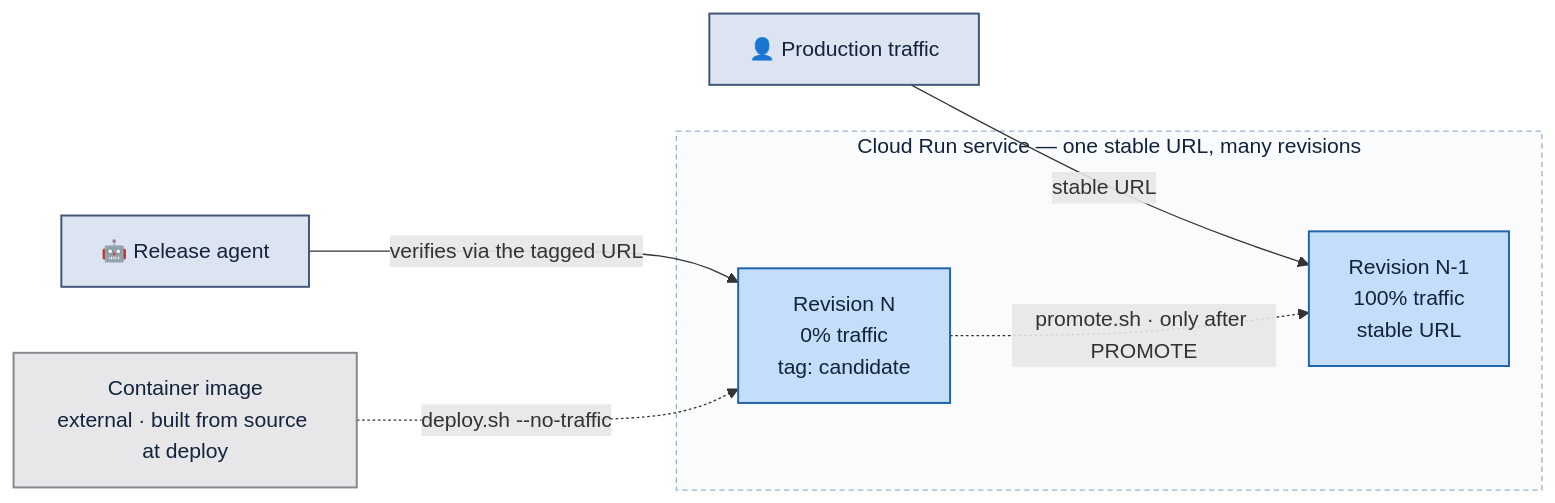
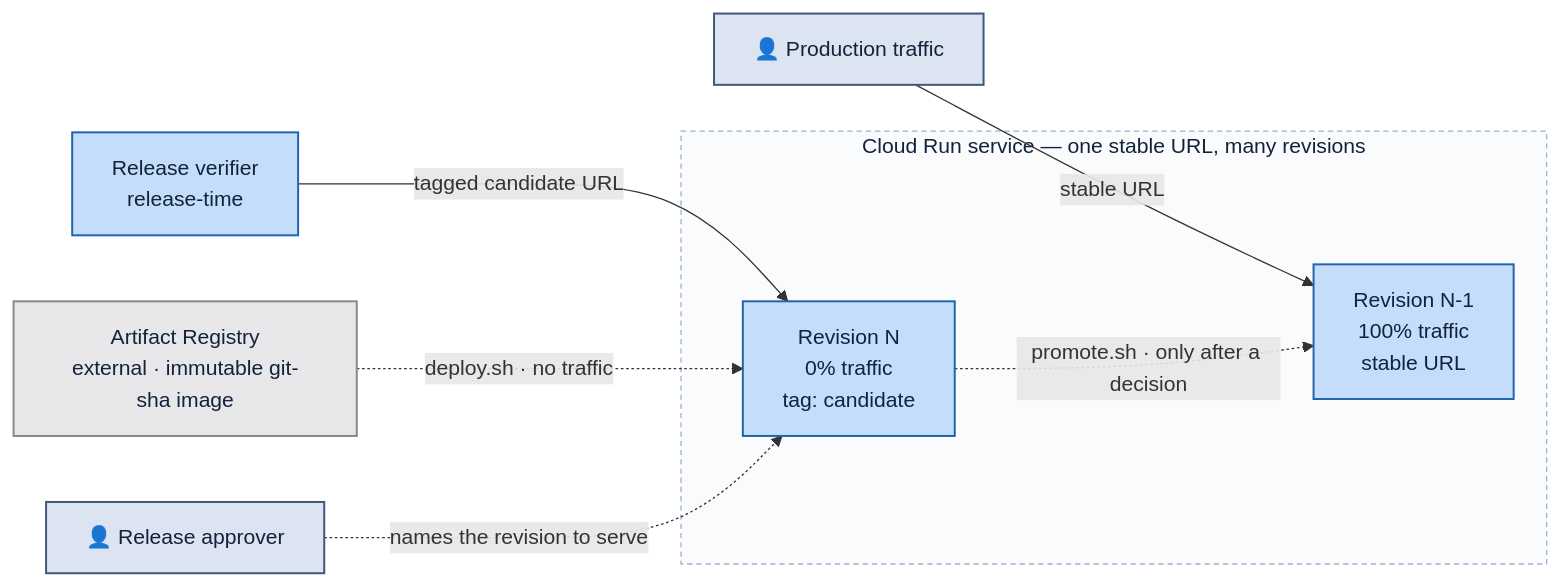
Before and after one commit to TryHarder01/release-agent-demo: the fifth of 8 diagrams in ARCHITECTURE.md, drawn with Mermaid. The commit also changed other lines of this file, not shown here.

First line of the commit message:
Refresh ARCHITECTURE.md against the live release path

````diff
--- a/ARCHITECTURE.md
+++ b/ARCHITECTURE.md
@@ -225,26 +252,28 @@
 ```mermaid
 flowchart LR
     users["👤 Production traffic"]
-    agent["🤖 Release agent"]
+    approver["👤 Release approver"]
+    verifier["Release verifier\nrelease-time"]
 
     subgraph service["Cloud Run service — one stable URL, many revisions"]
         prod["Revision N-1\n100% traffic\nstable URL"]
         cand["Revision N\n0% traffic\ntag: candidate"]
     end
 
-    registry["Container image\nexternal · built from source at deploy"]
+    ar["Artifact Registry\nexternal · immutable git-sha image"]
 
     users -->|"stable URL"| prod
-    agent -->|"verifies via the tagged URL"| cand
-    registry -.->|"deploy.sh --no-traffic"| cand
-    cand -.->|"promote.sh · only after PROMOTE"| prod
+    verifier -->|"tagged candidate URL"| cand
+    ar -.->|"deploy.sh · no traffic"| cand
+    approver -.->|"names the revision to serve"| cand
+    cand -.->|"promote.sh · only after a decision"| prod
 
     classDef actor    fill:#dbe4f0,stroke:#41567a,stroke-width:1.5px,color:#12233b
     classDef owned    fill:#c3ddfb,stroke:#2264ab,stroke-width:1.5px,color:#12233b
     classDef external fill:#e7e7ea,stroke:#87878f,stroke-width:1.5px,color:#12233b
     classDef boundary fill:#fafbfd,stroke:#9db2cd,stroke-width:1px,stroke-dasharray:4 3,color:#12233b
-    class users,agent actor
-    class prod,cand owned
-    class registry external
+    class users,approver actor
+    class prod,cand,verifier owned
+    class ar external
     class service boundary
 ```
````
